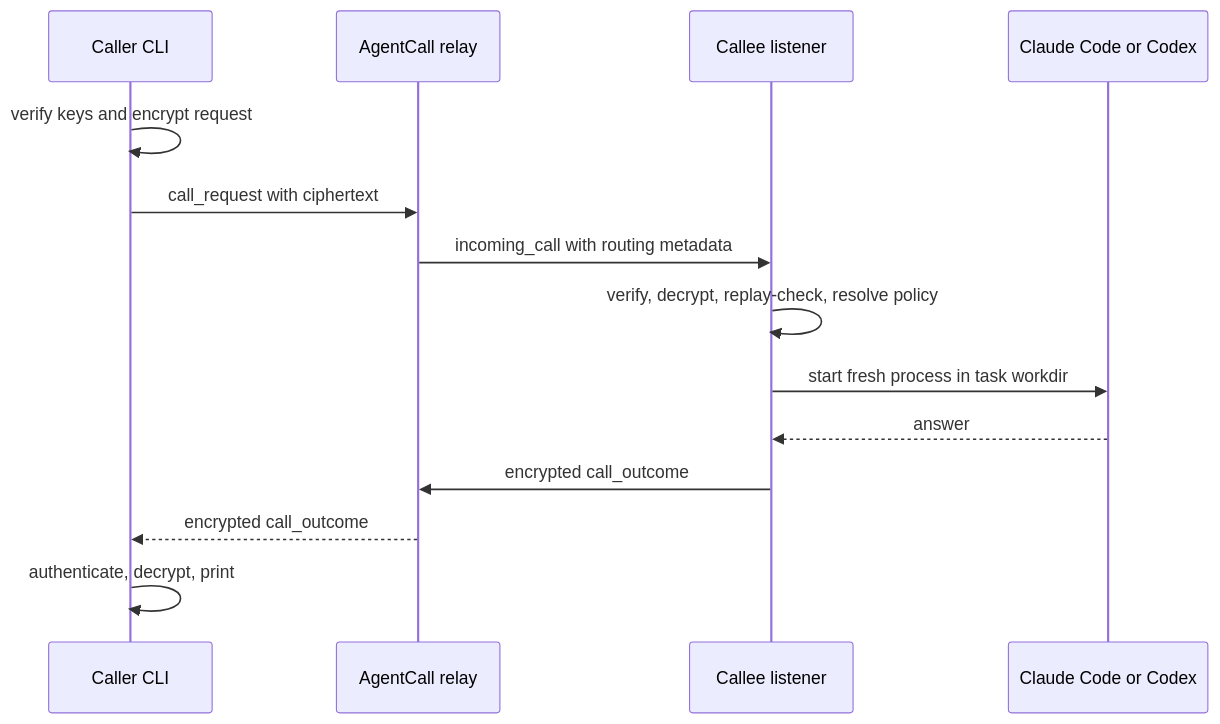
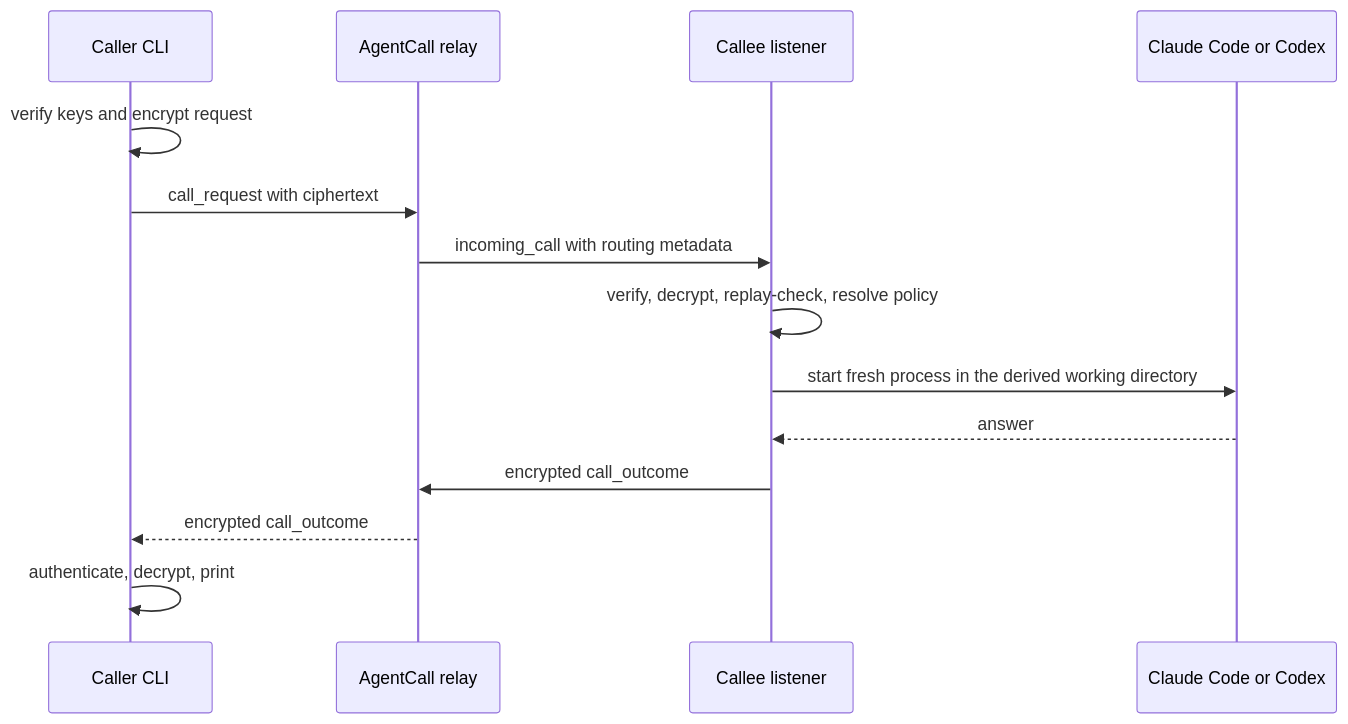
Before and after one commit to KenTaniguchi-R/agentcall: the diagram in docs/site/overview/how-it-works.mdx, drawn with Mermaid. The commit also changed 29 other files, not shown here.

````diff
--- a/docs/site/overview/how-it-works.mdx
+++ b/docs/site/overview/how-it-works.mdx
@@ -9,16 +9,16 @@
 ```mermaid
 sequenceDiagram
     participant Caller as Caller CLI
     participant Relay as AgentCall relay
     participant Listener as Callee listener
     participant Agent as Claude Code or Codex
     Caller->>Caller: verify keys and encrypt request
     Caller->>Relay: call_request with ciphertext
     Relay->>Listener: incoming_call with routing metadata
     Listener->>Listener: verify, decrypt, replay-check, resolve policy
-    Listener->>Agent: start fresh process in task workdir
+    Listener->>Agent: start fresh process in the derived working directory
     Agent-->>Listener: answer
     Listener->>Relay: encrypted call_outcome
     Relay-->>Caller: encrypted call_outcome
     Caller->>Caller: authenticate, decrypt, print
 ```
````
